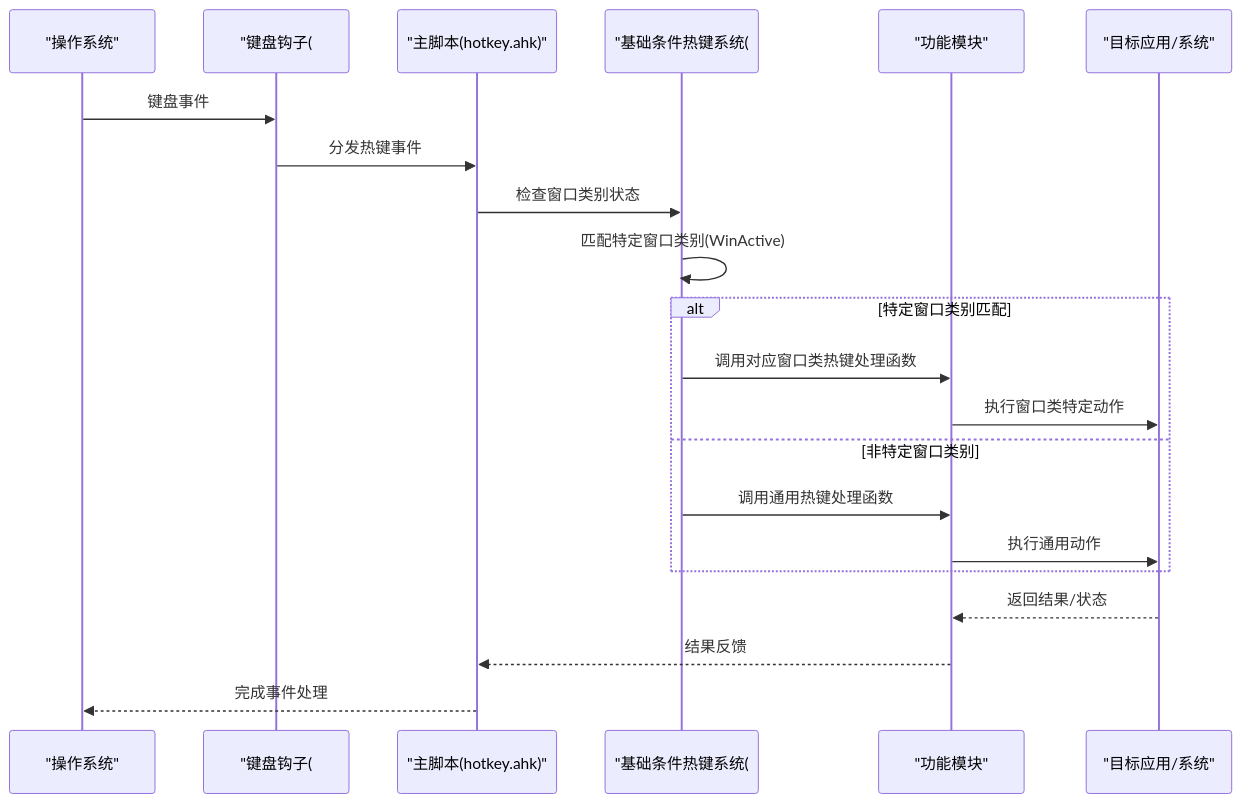
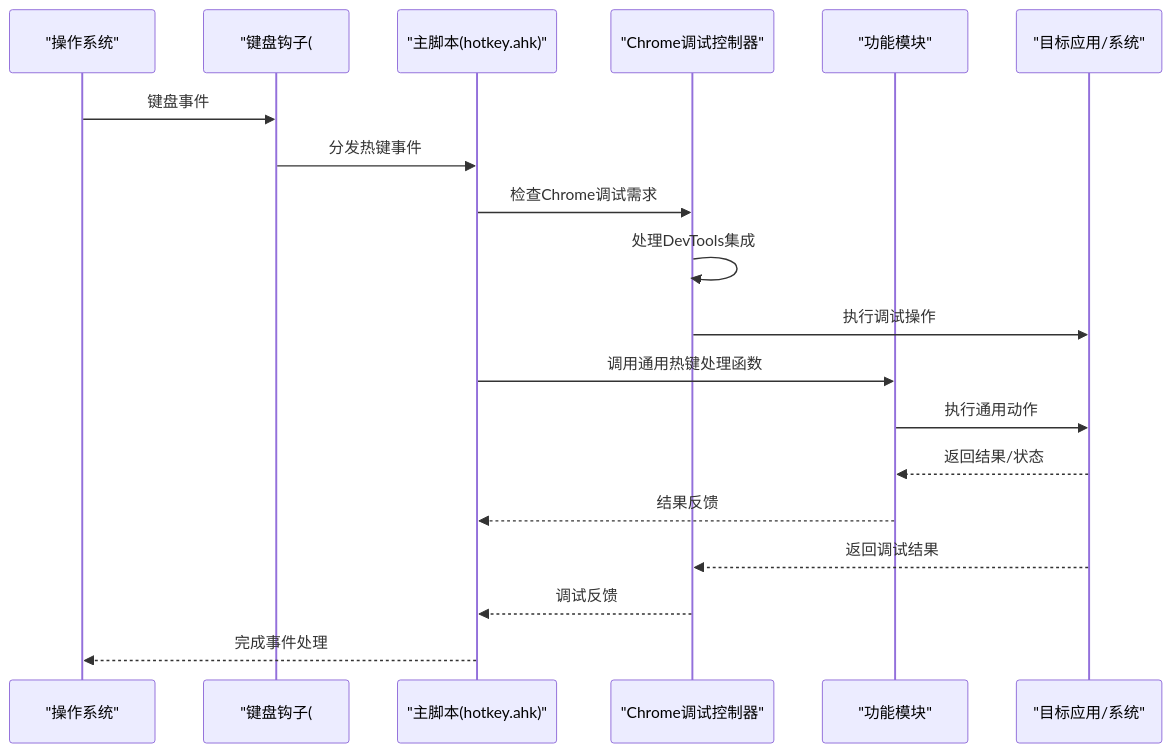
One commit to wangys-123doit/hotkey changed the second of 9 diagrams in .qoder/repowiki/zh/content/核心功能/热键管理系统.md. Above: the diagram before and after it, drawn with Mermaid. The commit also changed other lines of this file and 5 other files, not shown here.

````diff
--- a/.qoder/repowiki/zh/content/核心功能/热键管理系统.md
+++ b/.qoder/repowiki/zh/content/核心功能/热键管理系统.md
@@ -83,23 +86,21 @@
 ```mermaid
 sequenceDiagram
 participant OS as "操作系统"
 participant Hook as "键盘钩子(#UseHook)"
 participant Main as "主脚本(hotkey.ahk)"
-participant Condition as "基础条件热键系统(#HotIf)"
+participant Controller as "Chrome调试控制器"
 participant Module as "功能模块"
 participant App as "目标应用/系统"
 OS->>Hook : 键盘事件
 Hook->>Main : 分发热键事件
-Main->>Condition : 检查窗口类别状态
-Condition->>Condition : 匹配特定窗口类别(WinActive)
-alt 特定窗口类别匹配
-Condition->>Module : 调用对应窗口类热键处理函数
-Module->>App : 执行窗口类特定动作
-else 非特定窗口类别
-Condition->>Module : 调用通用热键处理函数
+Main->>Controller : 检查Chrome调试需求
+Controller->>Controller : 处理DevTools集成
+Controller->>App : 执行调试操作
+Main->>Module : 调用通用热键处理函数
 Module->>App : 执行通用动作
-end
 App-->>Module : 返回结果/状态
 Module-->>Main : 结果反馈
+App-->>Controller : 返回调试结果
+Controller-->>Main : 调试反馈
 Main-->>OS : 完成事件处理
 ```
````
